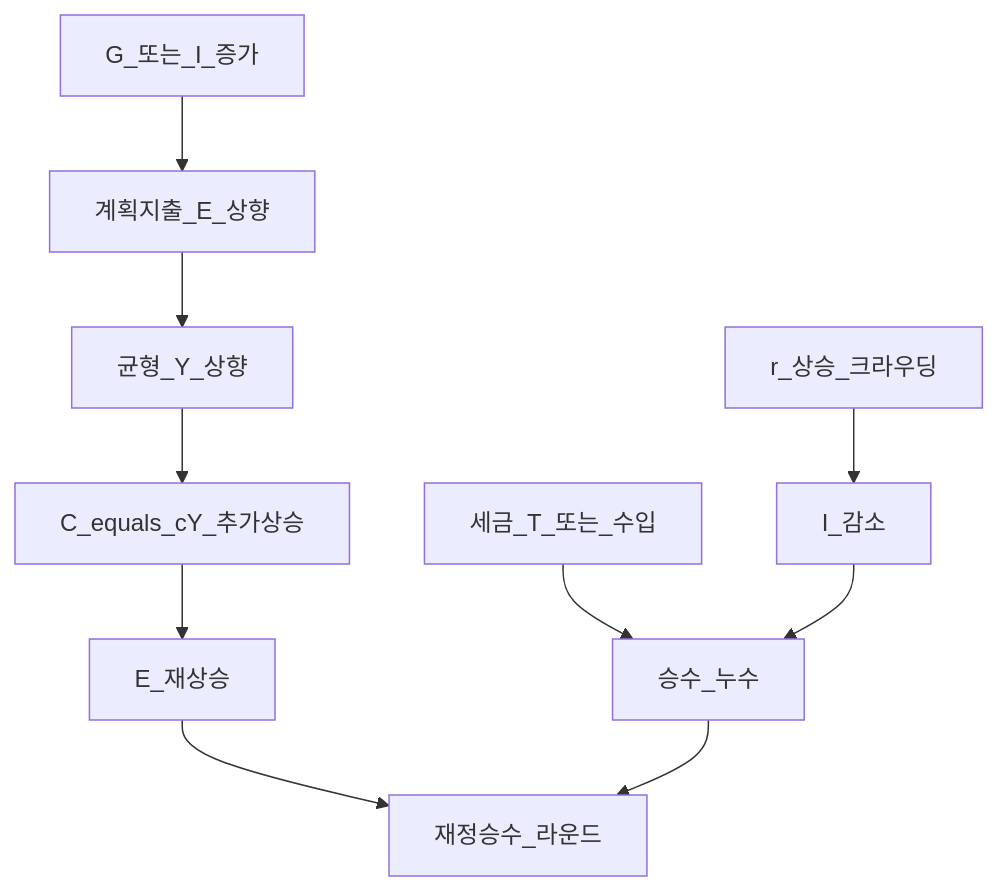
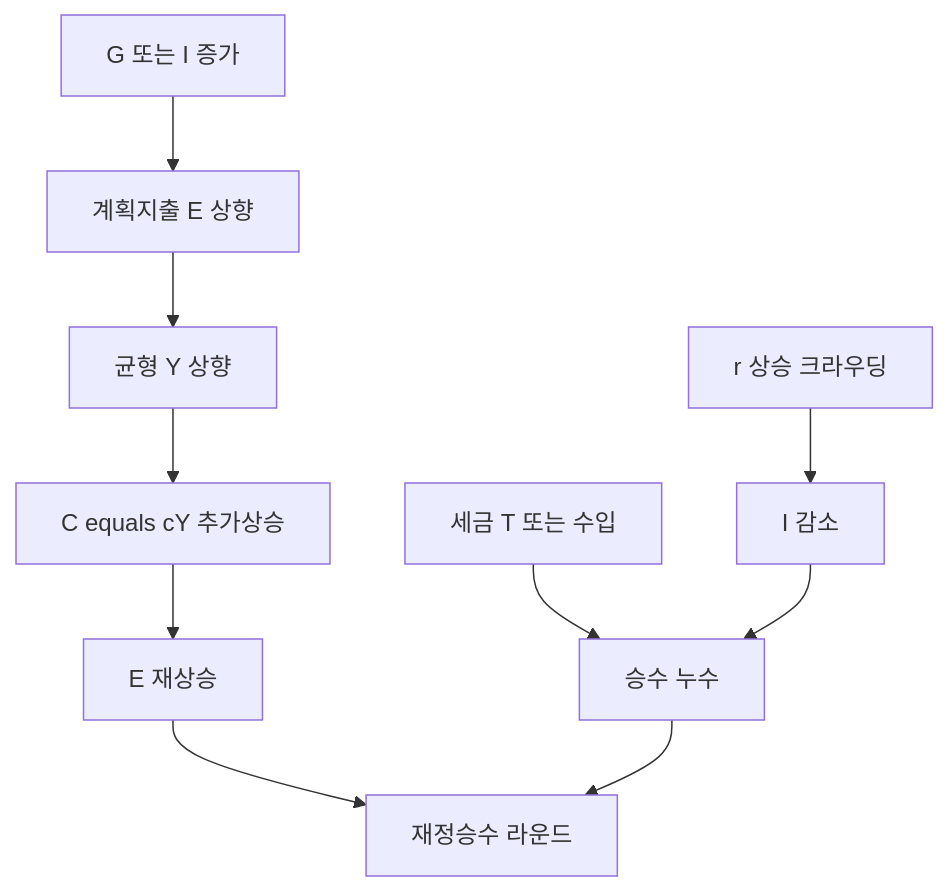
One commit to goldanghenry/Finances changed the first of 3 diagrams in 02-economics/macro-03-is-lm-ad-as.md. Above: the diagram before and after it, drawn with Mermaid. The commit also changed other lines of this file and 211 other files, not shown here.

````diff
--- a/02-economics/macro-03-is-lm-ad-as.md
+++ b/02-economics/macro-03-is-lm-ad-as.md
@@ -125,12 +135,12 @@
 ```mermaid
 flowchart TD
-  Gup[G_또는_I_증가] --> Eup[계획지출_E_상향]
-  Eup --> Yup[균형_Y_상향]
-  Yup --> Cup[C_equals_cY_추가상승]
-  Cup --> Eup2[E_재상승]
-  Eup2 --> Mult[재정승수_라운드]
-  Tax[세금_T_또는_수입] --> Leak[승수_누수]
+  Gup["G 또는 I 증가"] --> Eup["계획지출 E 상향"]
+  Eup --> Yup["균형 Y 상향"]
+  Yup --> Cup["C equals cY 추가상승"]
+  Cup --> Eup2["E 재상승"]
+  Eup2 --> Mult["재정승수 라운드"]
+  Tax["세금 T 또는 수입"] --> Leak["승수 누수"]
   Leak --> Mult
-  rUp[r_상승_크라우딩] --> Idown[I_감소]
+  rUp["r 상승 크라우딩"] --> Idown["I 감소"]
   Idown --> Leak
 ```
````
